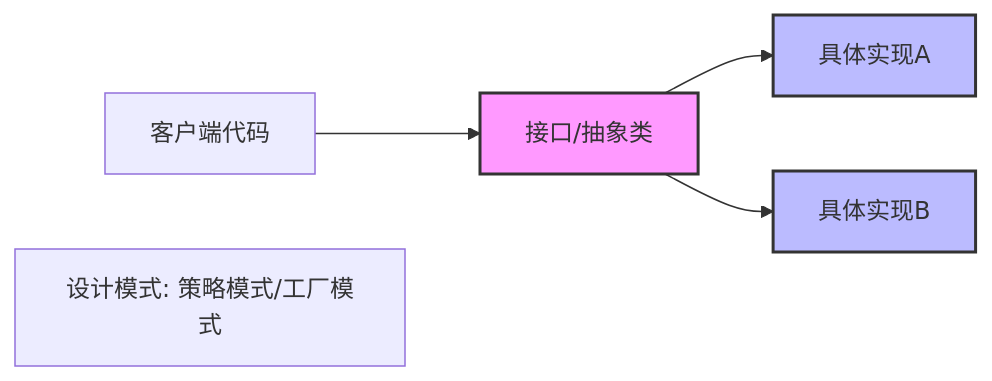
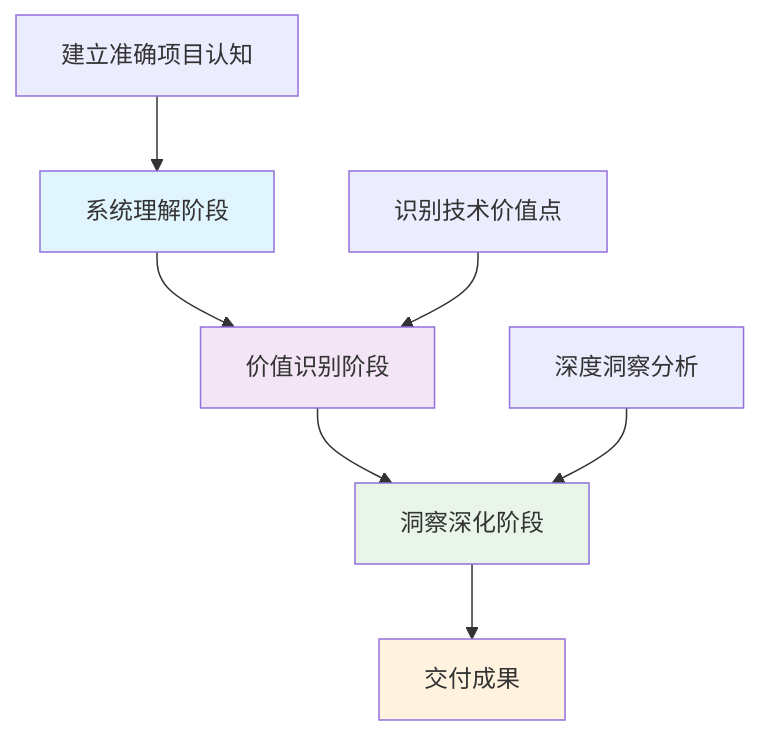
Before and after one commit to 12306hujunjie/opensource-projects-analysis: the diagram in CLAUDE.md, drawn with Mermaid. The commit also changed other lines of this file and 15 other files, not shown here.

````diff
--- a/CLAUDE.md
+++ b/CLAUDE.md
@@ -258,12 +35,15 @@
-  ```mermaid
-  graph LR
-      A[客户端代码] --> B[接口/抽象类]
-      B --> C[具体实现A]
-      B --> D[具体实现B]
-      
-      style B fill:#f9f,stroke:#333,stroke-width:2px
-      style C fill:#bbf,stroke:#333,stroke-width:2px
-      style D fill:#bbf,stroke:#333,stroke-width:2px
-      
-      E[设计模式: 策略模式/工厂模式] 
-  ```
+```mermaid
+flowchart TD
+    A[系统理解阶段] --> B[价值识别阶段]
+    B --> C[洞察深化阶段]
+    C --> D[交付成果]
+    
+    A1[建立准确项目认知] --> A
+    B1[识别技术价值点] --> B
+    C1[深度洞察分析] --> C
+    
+    style A fill:#e1f5fe
+    style B fill:#f3e5f5
+    style C fill:#e8f5e8
+    style D fill:#fff3e0
+```
````
